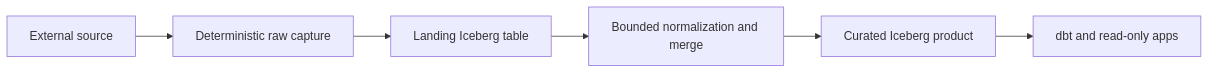
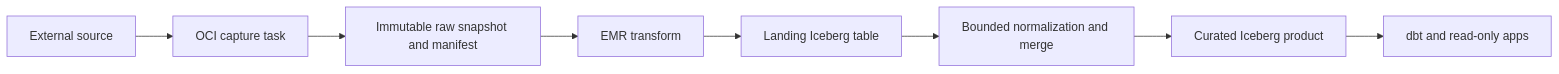
One commit to ToGiaBaoKDL/mini-lakehouse changed the diagram in docs/content/docs/capabilities/lakehouse.mdx. Above: the diagram before and after it, drawn with Mermaid. The commit also changed other lines of this file and 61 other files, not shown here.

Commit message:
refactor: move source capture out of EMR

````diff
--- a/docs/content/docs/capabilities/lakehouse.mdx
+++ b/docs/content/docs/capabilities/lakehouse.mdx
@@ -21,8 +22,10 @@
 ```mermaid
 flowchart LR
-  source[External source] --> capture[Deterministic raw capture]
-  capture --> landing[Landing Iceberg table]
+  source[External source] --> capture[OCI capture task]
+  capture --> raw[Immutable raw snapshot and manifest]
+  raw --> transform[EMR transform]
+  transform --> landing[Landing Iceberg table]
   landing --> curate[Bounded normalization and merge]
   curate --> curated[Curated Iceberg product]
   curated --> consumers[dbt and read-only apps]
 ```
````
